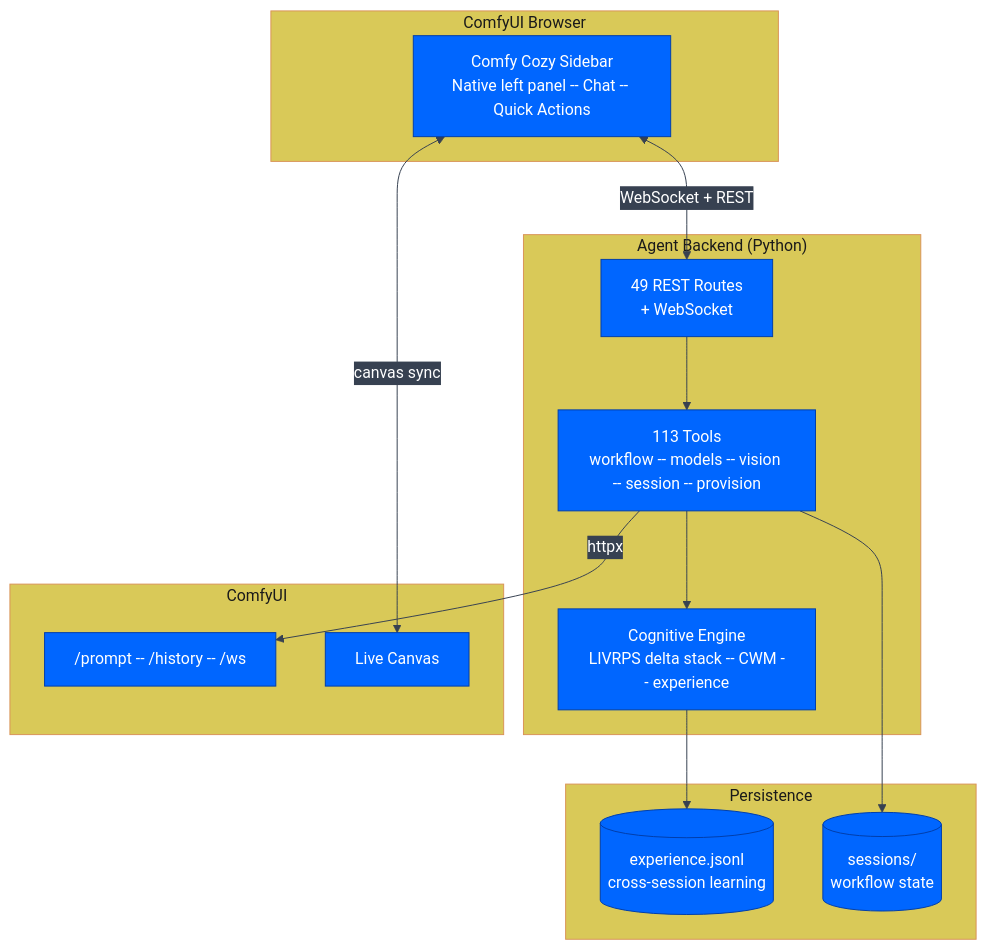
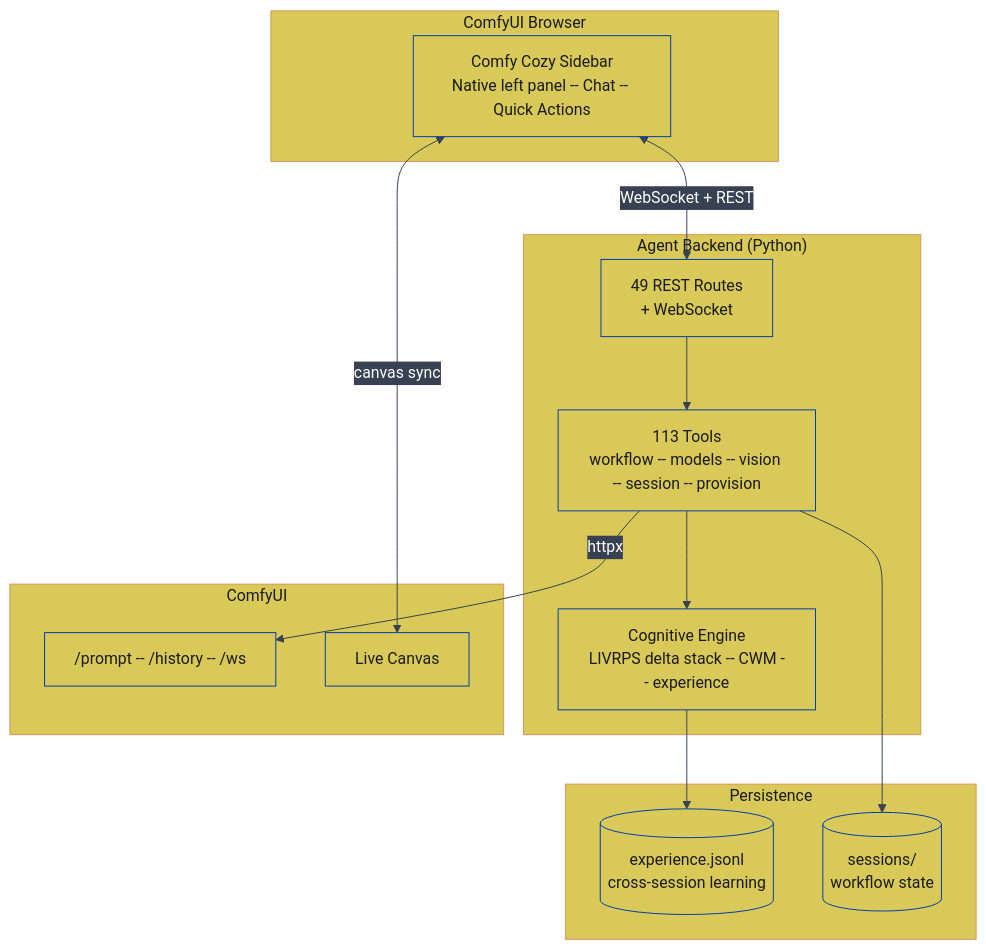
The sixth of 27 diagrams in README.md (JosephOIbrahim/Comfy-Cozy), drawn with Mermaid before and after one commit. The commit also changed other lines of this file, not shown here.

First line of the commit message:
[DOCS] Normalize mermaid palette: force two-tone orange/yellow with black text

````diff
--- a/README.md
+++ b/README.md
@@ -467,33 +471,41 @@
 ```mermaid
 %%{init: {'theme':'base','themeVariables': {'primaryColor':'#0066FF','primaryTextColor':'#ffffff','primaryBorderColor':'#003eaa','lineColor':'#374151','secondaryColor':'#374151','tertiaryColor':'#1f2937','fontFamily':'monospace'}}}%%
 graph TB
     subgraph Browser ["ComfyUI Browser"]
         Sidebar["Comfy Cozy Sidebar<br/>Native left panel -- Chat -- Quick Actions"]
     end
     subgraph Backend ["Agent Backend (Python)"]
         Routes["49 REST Routes<br/>+ WebSocket"]
         Tools["113 Tools<br/>workflow -- models -- vision -- session -- provision"]
         Cog["Cognitive Engine<br/>LIVRPS delta stack -- CWM -- experience"]
     end
     subgraph ComfyUI ["ComfyUI"]
         API["/prompt -- /history -- /ws"]
         Canvas["Live Canvas"]
     end
     subgraph Disk ["Persistence"]
         EXP[("experience.jsonl<br/>cross-session learning")]
         Sessions[("sessions/<br/>workflow state")]
     end
 
     Sidebar <-->|"WebSocket + REST"| Routes
     Sidebar <-->|"canvas sync"| Canvas
     Routes --> Tools
     Tools --> Cog
     Tools -->|httpx| API
     Cog --> EXP
     Tools --> Sessions
 
     style Browser fill:#d9c958,color:#1a1a1a,stroke:#d99458
     style Backend fill:#d9c958,color:#1a1a1a,stroke:#d99458
     style ComfyUI fill:#d9c958,color:#1a1a1a,stroke:#d99458
     style Disk fill:#d9c958,color:#1a1a1a,stroke:#d99458
+    style Sidebar fill:#d9c958,color:#1a1a1a
+    style Routes fill:#d9c958,color:#1a1a1a
+    style Tools fill:#d9c958,color:#1a1a1a
+    style Cog fill:#d9c958,color:#1a1a1a
+    style API fill:#d9c958,color:#1a1a1a
+    style Canvas fill:#d9c958,color:#1a1a1a
+    style EXP fill:#d9c958,color:#1a1a1a
+    style Sessions fill:#d9c958,color:#1a1a1a
 ```
````
